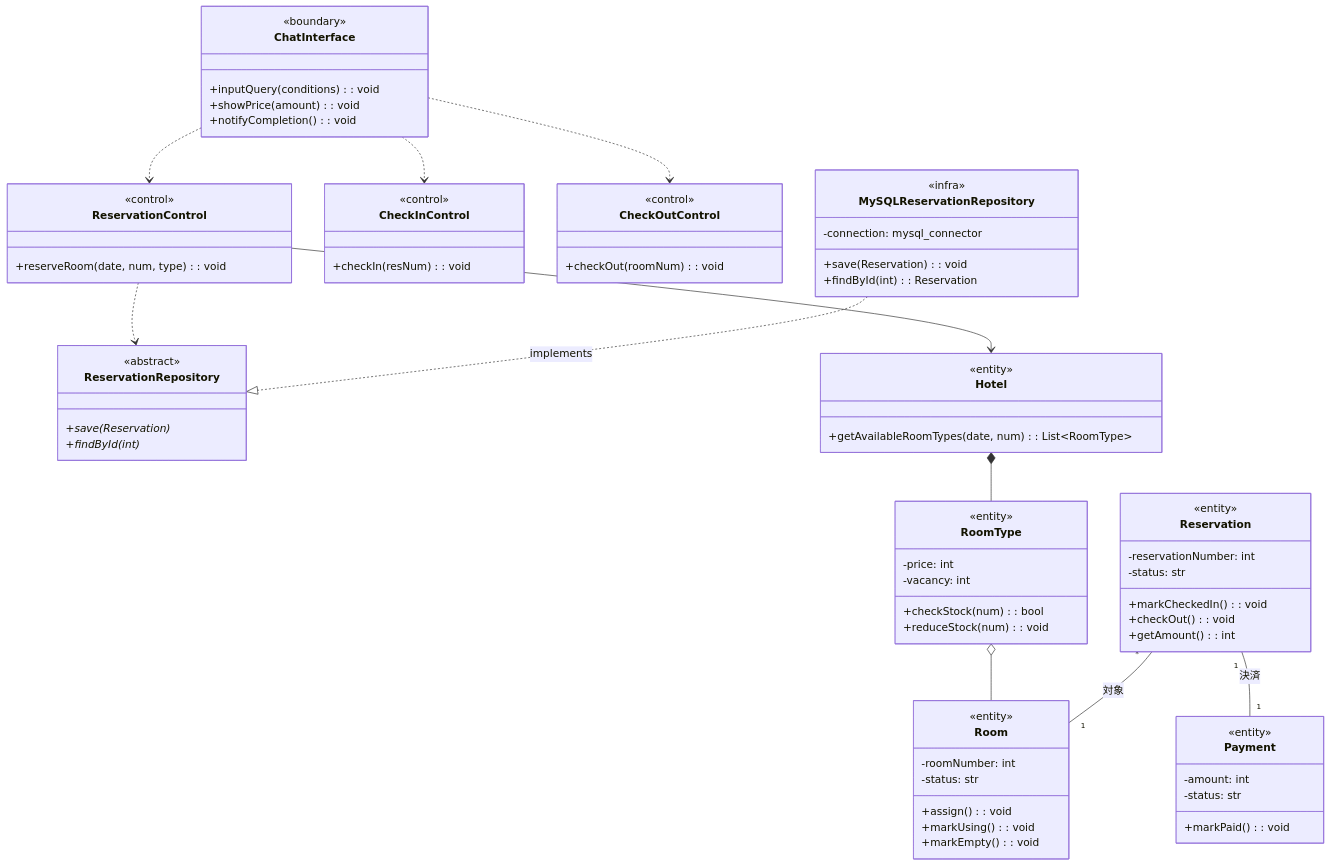
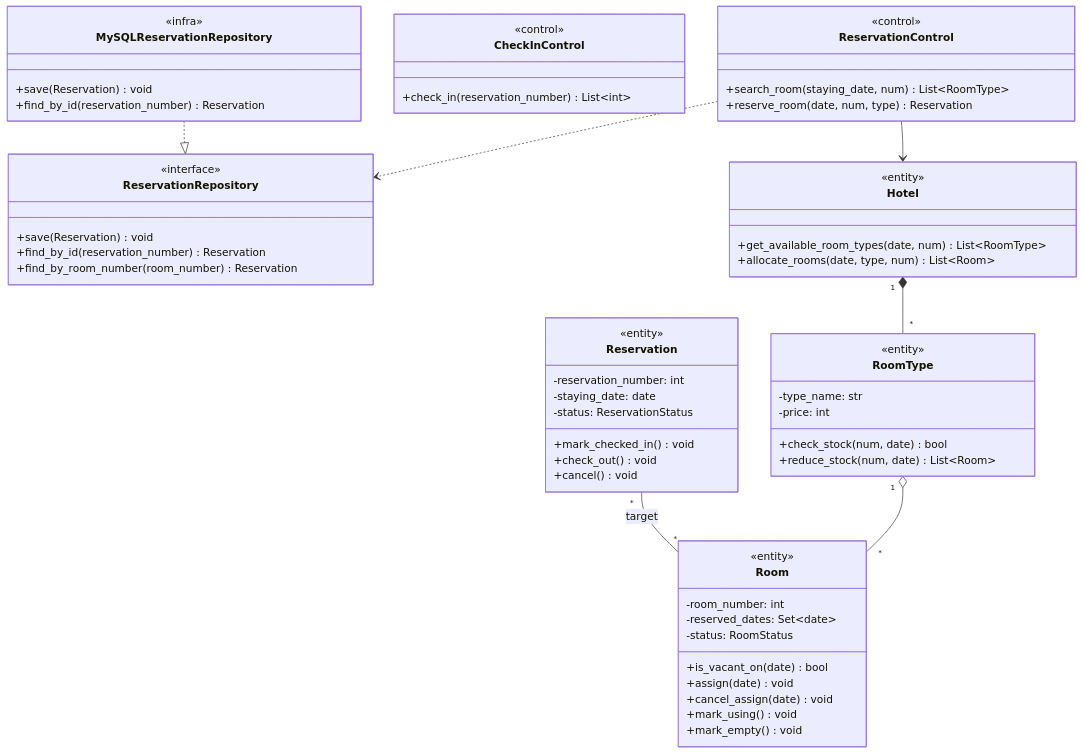
The second of 3 diagrams in Architecture.md (Kohki-tyl/HRS), drawn with Mermaid before and after one commit. The commit also changed other lines of this file, not shown here.

````diff
--- a/Architecture.md
+++ b/Architecture.md
@@ -56,88 +73,68 @@
 ```mermaid
 classDiagram
-    %% Presentation Layer
-    class ChatInterface {
-        <<boundary>>
-        +inputQuery(conditions): void
-        +showPrice(amount): void
-        +notifyCompletion(): void
-    }
-
     %% Application Layer
     class ReservationControl {
         <<control>>
-        +reserveRoom(date, num, type): void
+        +search_room(staying_date, num) List~RoomType~
+        +reserve_room(date, num, type) Reservation
     }
     class CheckInControl {
         <<control>>
-        +checkIn(resNum): void
-    }
-    class CheckOutControl {
-        <<control>>
-        +checkOut(roomNum): void
+        +check_in(reservation_number) List~int~
     }
 
-    %% Domain Layer (Entities & Repository Interface)
+    %% Domain Layer (Core Logic)
     class ReservationRepository {
-        <<abstract>>
-        +save(Reservation)*
-        +findById(int)*
+        <<interface>>
+        +save(Reservation) void
+        +find_by_id(reservation_number) Reservation
+        +find_by_room_number(room_number) Reservation
     }
     class Hotel {
         <<entity>>
-        +getAvailableRoomTypes(date, num): List~RoomType~
+        +get_available_room_types(date, num) List~RoomType~
+        +allocate_rooms(date, type, num) List~Room~
     }
     class RoomType {
         <<entity>>
+        -type_name: str
         -price: int
-        -vacancy: int
-        +checkStock(num): bool
-        +reduceStock(num): void
+        +check_stock(num, date) bool
+        +reduce_stock(num, date) List~Room~
     }
     class Room {
         <<entity>>
-        -roomNumber: int
-        -status: str
-        +assign(): void
-        +markUsing(): void
-        +markEmpty(): void
+        -room_number: int
+        -reserved_dates: Set~date~
+        -status: RoomStatus
+        +is_vacant_on(date) bool
+        +assign(date) void
+        +cancel_assign(date) void
+        +mark_using() void
+        +mark_empty() void
     }
     class Reservation {
         <<entity>>
-        -reservationNumber: int
-        -status: str
-        +markCheckedIn(): void
-        +checkOut(): void
-        +getAmount(): int
-    }
-    class Payment {
-        <<entity>>
-        -amount: int
-        -status: str
-        +markPaid(): void
+        -reservation_number: int
+        -staying_date: date
+        -status: ReservationStatus
+        +mark_checked_in() void
+        +check_out() void
+        +cancel() void
     }
 
     %% Infrastructure Layer
     class MySQLReservationRepository {
         <<infra>>
-        -connection: mysql_connector
-        +save(Reservation): void
-        +findById(int): Reservation
+        +save(Reservation) void
+        +find_by_id(reservation_number) Reservation
     }
 
     %% Relationships
-    ChatInterface ..> ReservationControl
-    ChatInterface ..> CheckInControl
-    ChatInterface ..> CheckOutControl
-
     ReservationControl ..> ReservationRepository
     ReservationControl --> Hotel
-    
-    Hotel *-- RoomType
-    RoomType o-- Room
-    
-    Reservation "*" -- "1" Room : 対象
-    Reservation "1" -- "1" Payment : 決済
-    
-    MySQLReservationRepository ..|> ReservationRepository : implements
+    Hotel "1" *-- "*" RoomType
+    RoomType "1" o-- "*" Room
+    Reservation "*" -- "*" Room : target
+    MySQLReservationRepository ..|> ReservationRepository
 ```
````
